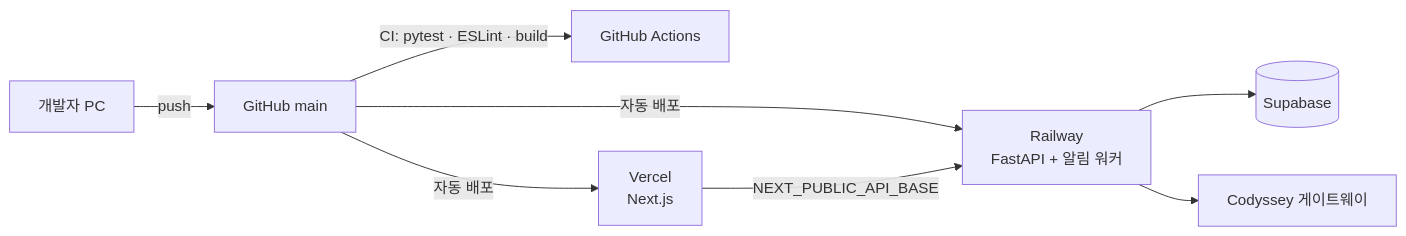
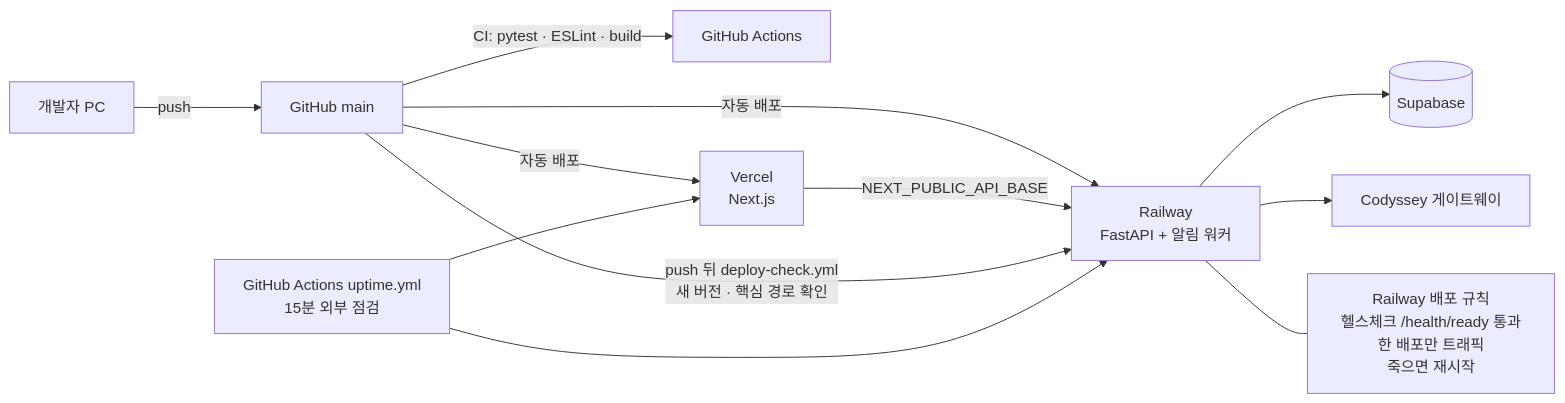
Before and after one commit to dinf7605/Codyssey_FinalProject: the ninth of 9 diagrams in docs/architecture.md, drawn with Mermaid. The commit also changed other lines of this file and 4 other files, not shown here.

````diff
--- a/docs/architecture.md
+++ b/docs/architecture.md
@@ -287,10 +309,14 @@
 ```mermaid
 flowchart LR
     dev["개발자 PC"] -- push --> gh["GitHub main"]
     gh -- "CI: pytest · ESLint · build" --> ci["GitHub Actions"]
     gh -- 자동 배포 --> vercel["Vercel<br/>Next.js"]
     gh -- 자동 배포 --> railway["Railway<br/>FastAPI + 알림 워커"]
     vercel -- NEXT_PUBLIC_API_BASE --> railway
     railway --> supabase[("Supabase")]
     railway --> gateway["Codyssey 게이트웨이"]
+    gh -- "push 뒤 deploy-check.yml<br/>새 버전 · 핵심 경로 확인" --> railway
+    cron["GitHub Actions uptime.yml<br/>15분 외부 점검"] --> vercel & railway
+    hc["Railway 배포 규칙<br/>헬스체크 /health/ready 통과한 배포만 트래픽<br/>죽으면 재시작"]
+    railway --- hc
 ```
````
